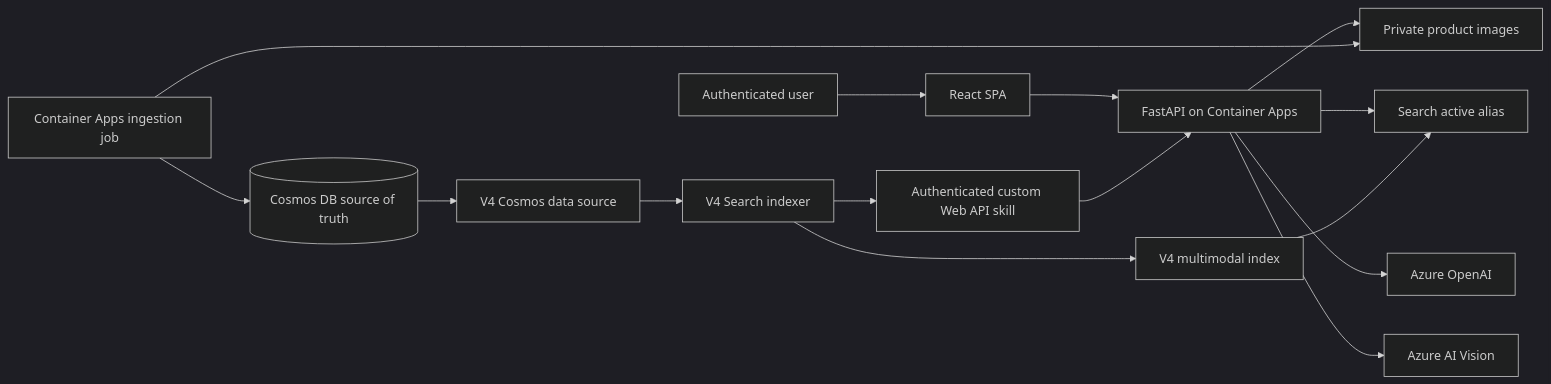
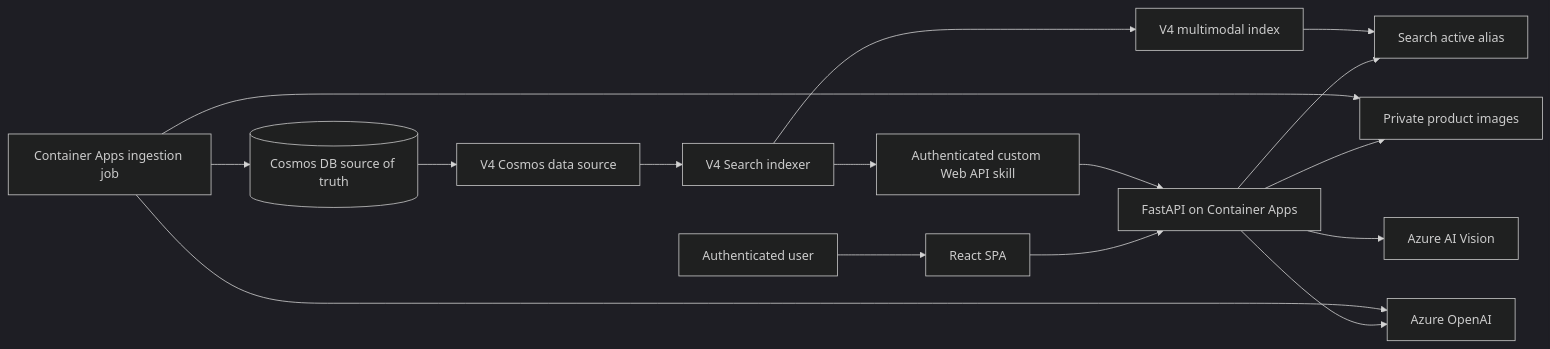
One commit to DeepMalh44/TJXSearchBVX changed the first of 3 diagrams in docs/architecture.md. Above: the diagram before and after it, drawn with Mermaid (dark theme). The commit also changed other lines of this file and 4 other files, not shown here.

First line of the commit message:
Correct architecture docs to match the deployed solution

````diff
--- a/docs/architecture.md
+++ b/docs/architecture.md
@@ -13,18 +15,19 @@
 ```mermaid
 flowchart LR
     User[Authenticated user] --> UI[React SPA]
     UI --> API[FastAPI on Container Apps]
     API --> Alias[Search active alias]
     API --> Blob[Private product images]
     API --> AOAI[Azure OpenAI]
     API --> Vision[Azure AI Vision]
 
     Job[Container Apps ingestion job] --> Blob
     Job --> Cosmos[(Cosmos DB source of truth)]
+    Job --> AOAI
     Cosmos --> DS[V4 Cosmos data source]
     DS --> Indexer[V4 Search indexer]
     Indexer --> Skill[Authenticated custom Web API skill]
     Skill --> API
     Indexer --> V4[V4 multimodal index]
     V4 --> Alias
 ```
````
